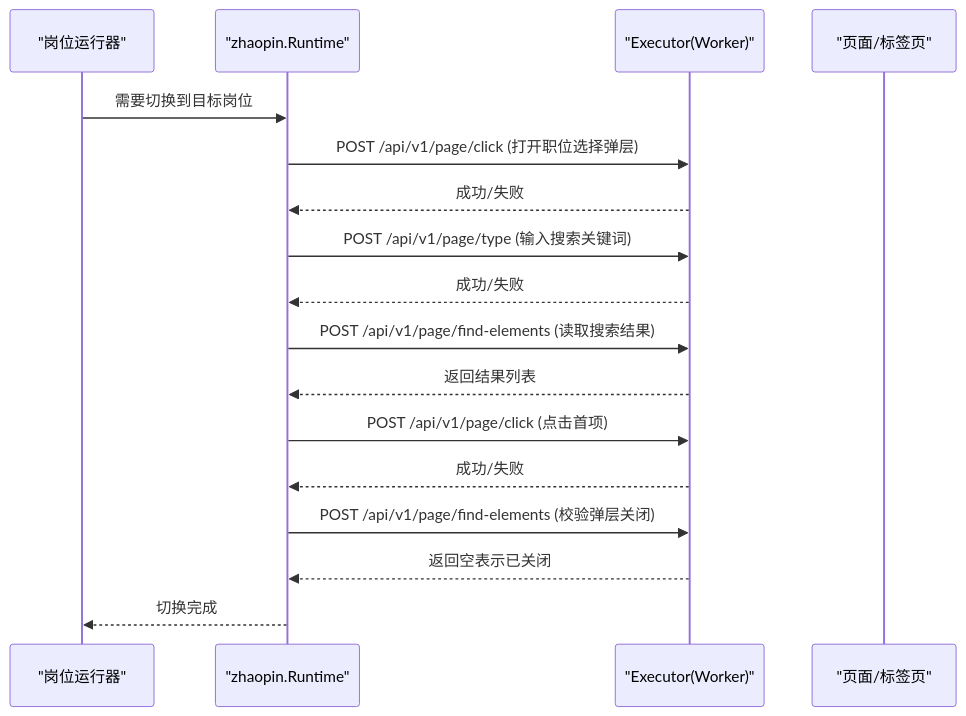
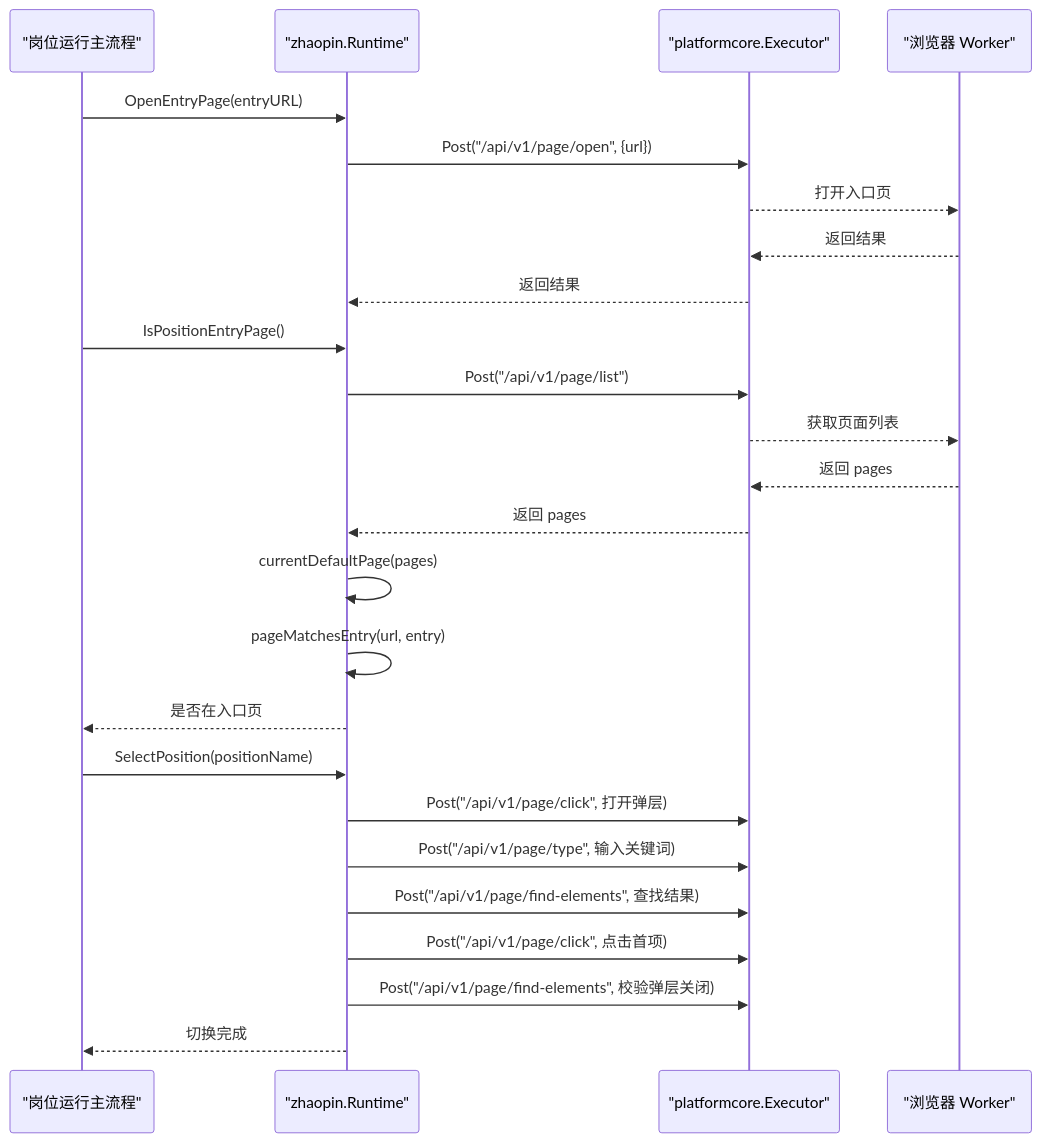
One commit to alvinwangzi/goodhr changed the second of 6 diagrams in .qoder/repowiki/zh/content/本地执行器/平台适配器/智联招聘适配器/页面导航.md. Above: the diagram before and after it, drawn with Mermaid. The commit also changed other lines of this file and 149 other files, not shown here.

````diff
--- a/.qoder/repowiki/zh/content/本地执行器/平台适配器/智联招聘适配器/页面导航.md
+++ b/.qoder/repowiki/zh/content/本地执行器/平台适配器/智联招聘适配器/页面导航.md
@@ -96,19 +103,27 @@
 ```mermaid
 sequenceDiagram
-participant Runner as "岗位运行器"
-participant RT as "zhaopin.Runtime"
-participant Exec as "Executor(Worker)"
-participant Page as "页面/标签页"
-Runner->>RT : 需要切换到目标岗位
-RT->>Exec : POST /api/v1/page/click (打开职位选择弹层)
-Exec-->>RT : 成功/失败
-RT->>Exec : POST /api/v1/page/type (输入搜索关键词)
-Exec-->>RT : 成功/失败
-RT->>Exec : POST /api/v1/page/find-elements (读取搜索结果)
-Exec-->>RT : 返回结果列表
-RT->>Exec : POST /api/v1/page/click (点击首项)
-Exec-->>RT : 成功/失败
-RT->>Exec : POST /api/v1/page/find-elements (校验弹层关闭)
-Exec-->>RT : 返回空表示已关闭
-RT-->>Runner : 切换完成
+participant Runner as "岗位运行主流程"
+participant ZR as "zhaopin.Runtime"
+participant Exec as "platformcore.Executor"
+participant Worker as "浏览器 Worker"
+Runner->>ZR : OpenEntryPage(entryURL)
+ZR->>Exec : Post("/api/v1/page/open", {url})
+Exec-->>Worker : 打开入口页
+Worker-->>Exec : 返回结果
+Exec-->>ZR : 返回结果
+Runner->>ZR : IsPositionEntryPage()
+ZR->>Exec : Post("/api/v1/page/list")
+Exec-->>Worker : 获取页面列表
+Worker-->>Exec : 返回 pages
+Exec-->>ZR : 返回 pages
+ZR->>ZR : currentDefaultPage(pages)
+ZR->>ZR : pageMatchesEntry(url, entry)
+ZR-->>Runner : 是否在入口页
+Runner->>ZR : SelectPosition(positionName)
+ZR->>Exec : Post("/api/v1/page/click", 打开弹层)
+ZR->>Exec : Post("/api/v1/page/type", 输入关键词)
+ZR->>Exec : Post("/api/v1/page/find-elements", 查找结果)
+ZR->>Exec : Post("/api/v1/page/click", 点击首项)
+ZR->>Exec : Post("/api/v1/page/find-elements", 校验弹层关闭)
+ZR-->>Runner : 切换完成
 ```
````
